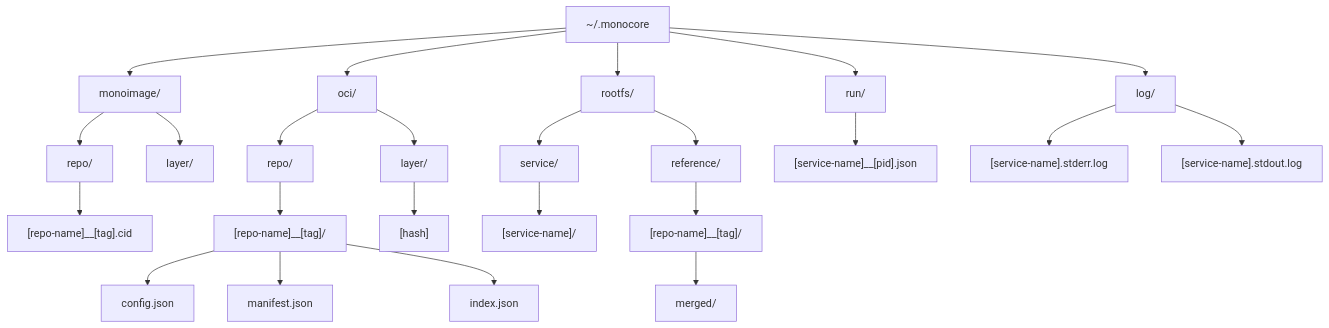
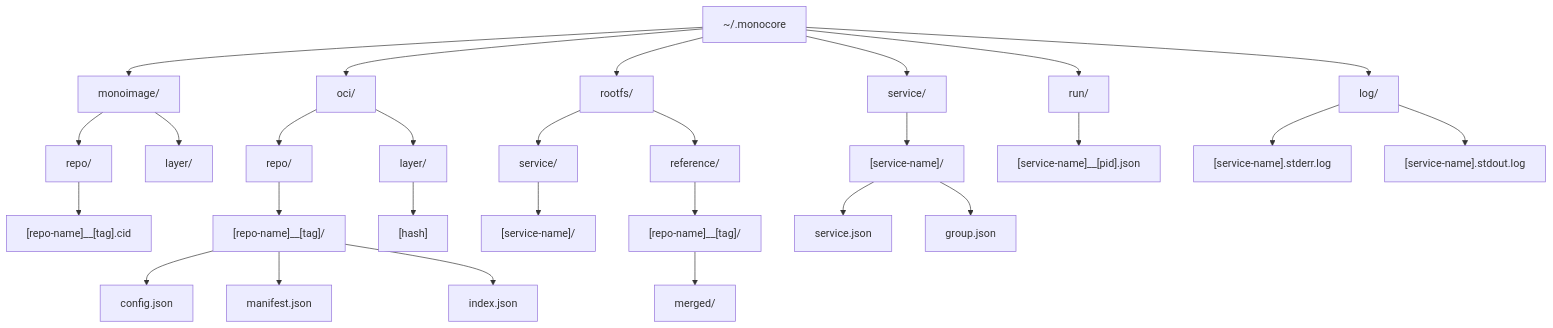
Before and after one commit to zerocore-ai/monocore: the diagram in monocore/README.md, drawn with Mermaid. The commit also changed other lines of this file and 20 other files, not shown here.

````diff
--- a/monocore/README.md
+++ b/monocore/README.md
@@ -63,30 +63,35 @@
 ```mermaid
 graph TD
     monocore_root[~/.monocore] --> monoimage[monoimage/]
     monoimage --> monoimage_repo[repo/]
     monoimage_repo --> monoimage_cid["[repo-name]__[tag].cid"]
     monoimage --> monoimage_layer[layer/]
 
     monocore_root --> oci[oci/]
     oci --> oci_repo[repo/]
     oci_repo --> oci_tag["[repo-name]__[tag]/"]
     oci_tag --> oci_config[config.json]
     oci_tag --> oci_manifest[manifest.json]
     oci_tag --> oci_index[index.json]
     oci --> oci_layer[layer/]
     oci_layer --> oci_layer_hash["[hash]"]
 
     monocore_root --> rootfs[rootfs/]
     rootfs --> rootfs_service[service/]
     rootfs_service --> rootfs_service_rootfs["[service-name]/"]
     rootfs --> rootfs_ref[reference/]
     rootfs_ref --> rootfs_ref_repo["[repo-name]__[tag]/"]
     rootfs_ref_repo --> rootfs_ref_repo_merged[merged/]
 
+    monocore_root --> service[service/]
+    service --> service_info["[service-name]/"]
+    service_info --> service_json[service.json]
+    service_info --> group_json[group.json]
+
     monocore_root --> run[run/]
     run --> run_service["[service-name]__[pid].json"]
 
     monocore_root --> log[log/]
     log --> log_stderr["[service-name].stderr.log"]
     log --> log_stdout["[service-name].stdout.log"]
 ```
````
